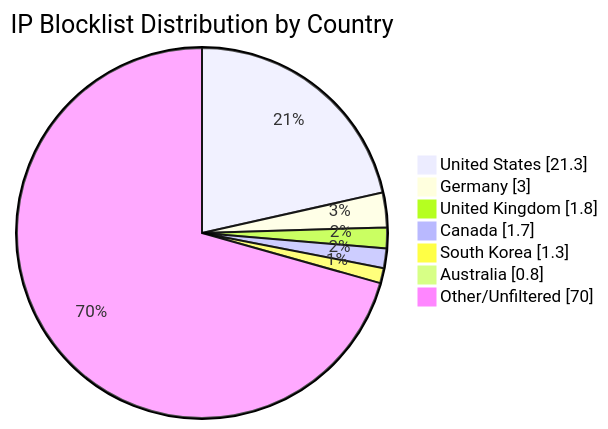
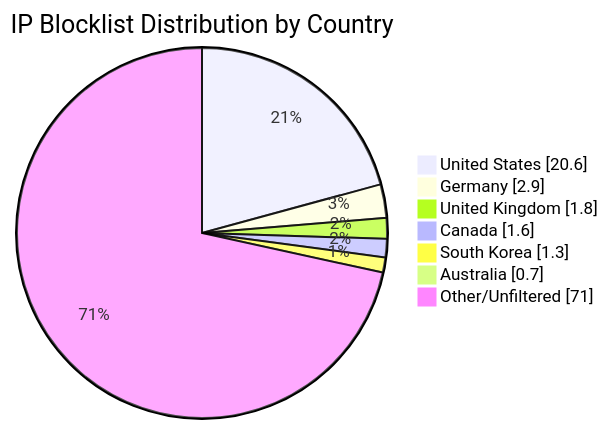
Before and after one commit to MarcusHoltz/ipblocklist-geofiltered-aggregator: the diagram in README.md, drawn with Mermaid. The commit also changed other lines of this file and 9 other files, not shown here.

````diff
--- a/README.md
+++ b/README.md
@@ -34,10 +34,10 @@
 ```mermaid
 pie showData title IP Blocklist Distribution by Country
-"United States" : 21.3
-"Germany" : 3.0
+"United States" : 20.6
+"Germany" : 2.9
 "United Kingdom" : 1.8
-"Canada" : 1.7
+"Canada" : 1.6
 "South Korea" : 1.3
-"Australia" : 0.8
-"Other/Unfiltered" : 70.0
+"Australia" : 0.7
+"Other/Unfiltered" : 71.0
 ```
````
